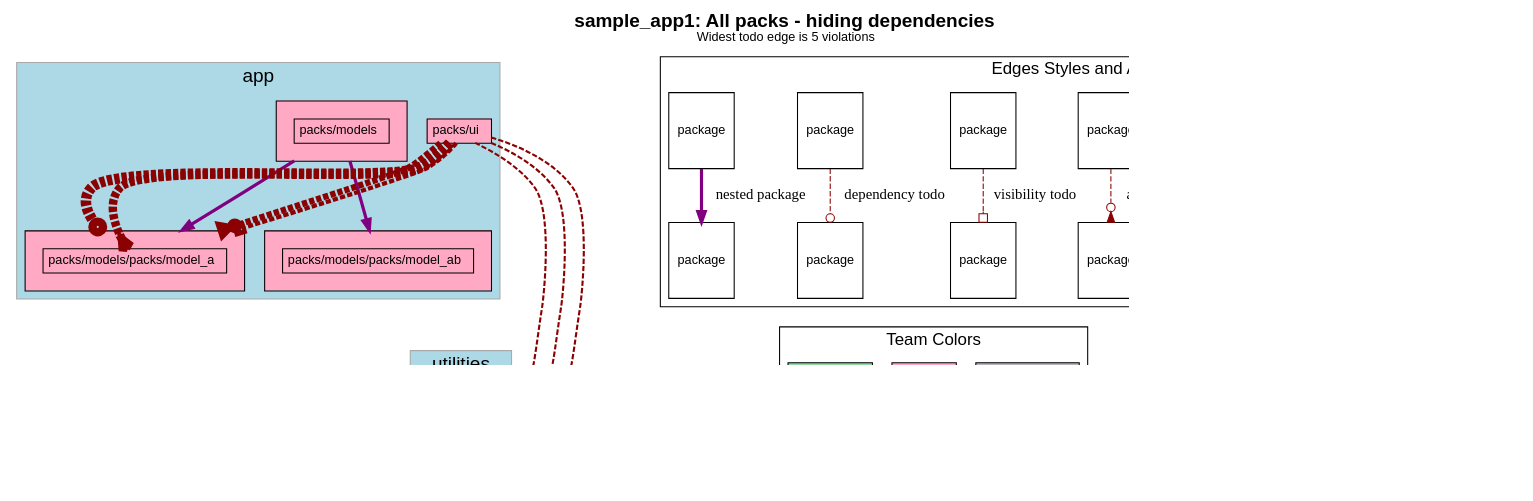
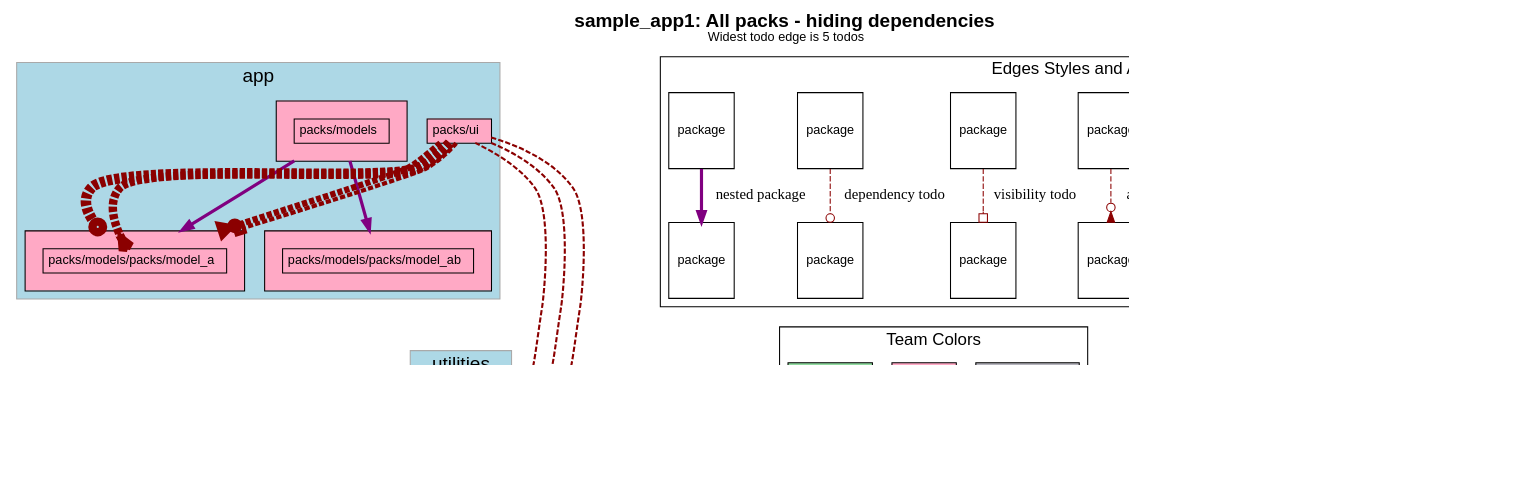
One commit to rubyatscale/visualize_packs changed the diagram in spec/sample_app1/test_output/no_dependencies.dot. Above: the diagram before and after it, drawn with Graphviz. The commit also changed 16 other files, not shown here.

First line of the commit message:
Cleanup usage of todos vs violations (#34)

```diff
--- a/spec/sample_app1/test_output/no_dependencies.dot
+++ b/spec/sample_app1/test_output/no_dependencies.dot
@@ -5,7 +5,7 @@
     fontname="Helvetica,Arial,sans-serif"
     dpi=100
     layout=dot
-    label=<<b>sample_app1: All packs - hiding dependencies</b><br/><font point-size='12'>Widest todo edge is 5 violations</font>>
+    label=<<b>sample_app1: All packs - hiding dependencies</b><br/><font point-size='12'>Widest todo edge is 5 todos</font>>
     fontsize=18
   ]
   node [
```
